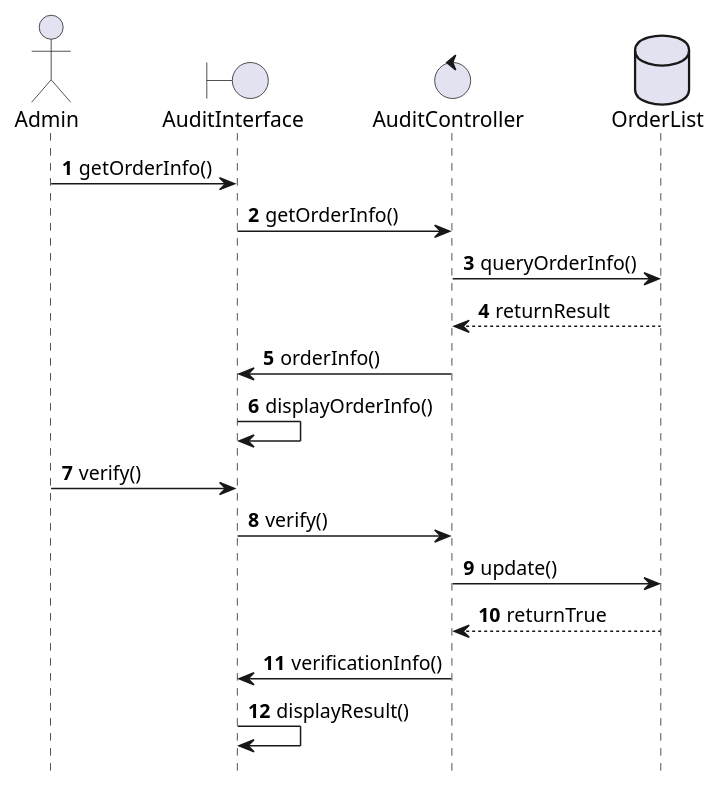
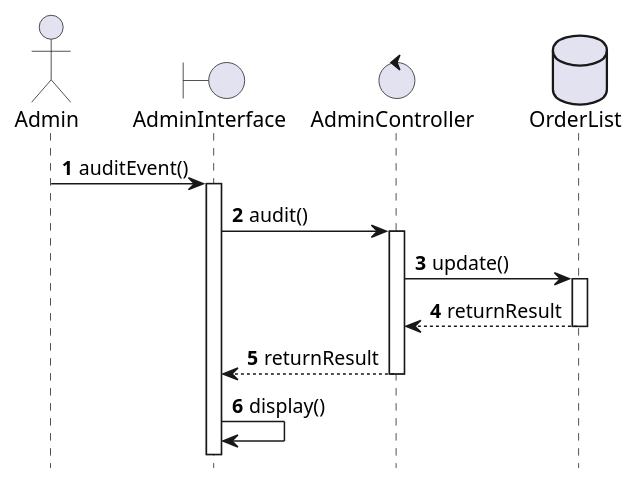
The diagram in report/misc/figure_src/sequence_diagram/sd_audit_order.puml (wwyf/Waterfall), drawn with PlantUML before and after one commit. The commit also changed 40 other files, not shown here.

```diff
--- a/report/misc/figure_src/sequence_diagram/sd_audit_order.puml
+++ b/report/misc/figure_src/sequence_diagram/sd_audit_order.puml
@@ -1,25 +1,29 @@
 @startuml
 ''' 省略底部
 	hide footbox 
 
 ''' 定义类
 	actor Admin as act
-	boundary AuditInterface as bou
-	control AuditController as con
+	boundary AdminInterface as bou
+	control AdminController as con
 	database OrderList as db
 
 	autonumber
-	act -> bou : getOrderInfo()
-	bou -> con : getOrderInfo()
-	con -> db : queryOrderInfo()
+	act -> bou : auditEvent()
+	activate bou
+
+	bou -> con : audit()
+	activate con 
+
+	con -> db : update()
+	activate db
+
 	db --> con : returnResult
-	con -> bou : orderInfo()
-	bou -> bou : displayOrderInfo()
-	act -> bou : verify()
-	bou -> con : verify()
-	con -> db : update()
-	db --> con : returnTrue
-	con -> bou : verificationInfo()
-	bou -> bou : displayResult()
+	deactivate db
+
+	con --> bou : returnResult
+	deactivate con
+
+	bou -> bou : display()
 
 @enduml
```
